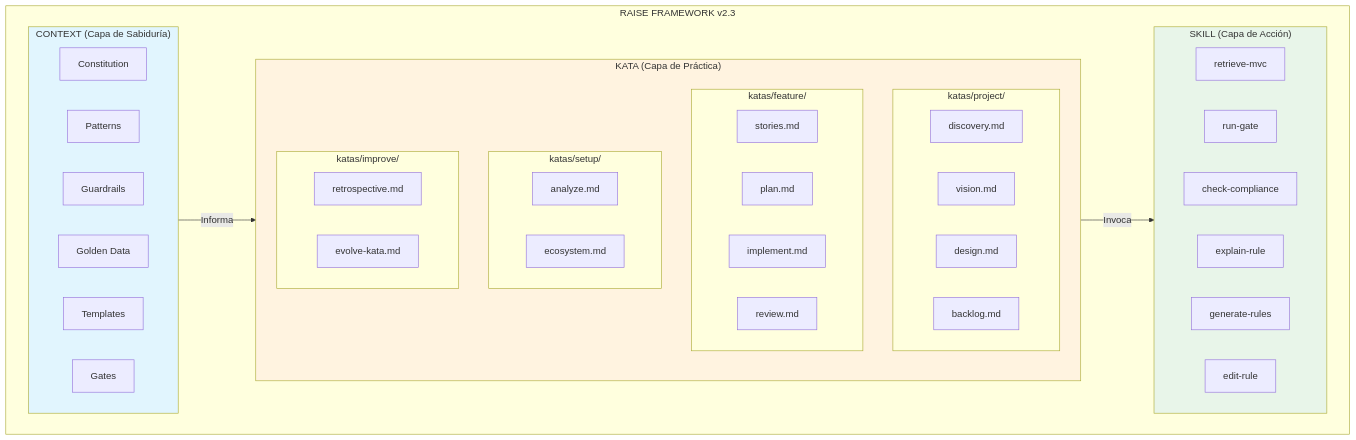
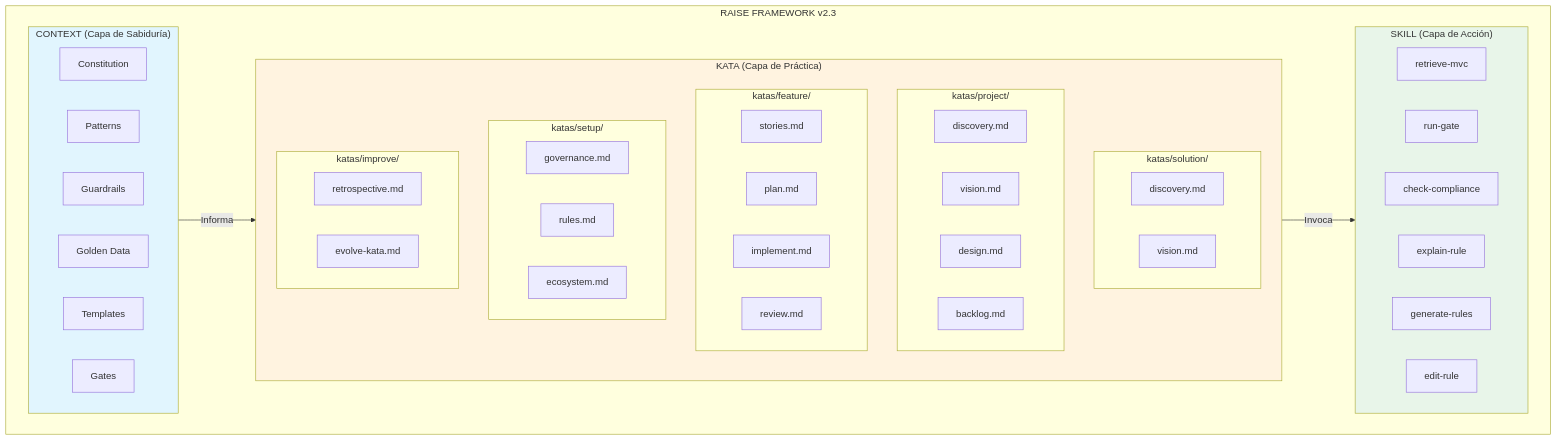
The first of 8 diagrams in specs/raise/vision.md (humansys/raise), drawn with Mermaid before and after one commit. The commit also changed other lines of this file and 22 other files, not shown here.

````diff
--- a/specs/raise/vision.md
+++ b/specs/raise/vision.md
@@ -56,54 +71,59 @@
 ```mermaid
 graph TB
     subgraph RAISE["RAISE FRAMEWORK v2.3"]
         subgraph CONTEXT["CONTEXT (Capa de Sabiduría)"]
             direction LR
             C1["Constitution"]
             C2["Patterns"]
             C3["Guardrails"]
             C4["Golden Data"]
             C5["Templates"]
             C6["Gates"]
         end
 
         subgraph KATA["KATA (Capa de Práctica)"]
+            subgraph SOLUTION["katas/solution/"]
+                SOL1["discovery.md"]
+                SOL2["vision.md"]
+            end
             subgraph PROJECT["katas/project/"]
                 P1["discovery.md"]
                 P2["vision.md"]
                 P3["design.md"]
                 P4["backlog.md"]
             end
             subgraph FEATURE["katas/feature/"]
                 F1["stories.md"]
                 F2["plan.md"]
                 F3["implement.md"]
                 F4["review.md"]
             end
             subgraph SETUP["katas/setup/"]
-                S1["analyze.md"]
-                S2["ecosystem.md"]
+                S1["governance.md"]
+                S2["rules.md"]
+                S3["ecosystem.md"]
             end
             subgraph IMPROVE["katas/improve/"]
                 I1["retrospective.md"]
                 I2["evolve-kata.md"]
             end
         end
 
         subgraph SKILL["SKILL (Capa de Acción)"]
             direction LR
             SK1["retrieve-mvc"]
             SK2["run-gate"]
             SK3["check-compliance"]
             SK4["explain-rule"]
             SK5["generate-rules"]
             SK6["edit-rule"]
         end
     end
 
     CONTEXT -->|"Informa"| KATA
     KATA -->|"Invoca"| SKILL
 
     style CONTEXT fill:#e1f5fe
     style KATA fill:#fff3e0
     style SKILL fill:#e8f5e9
 ```
````
